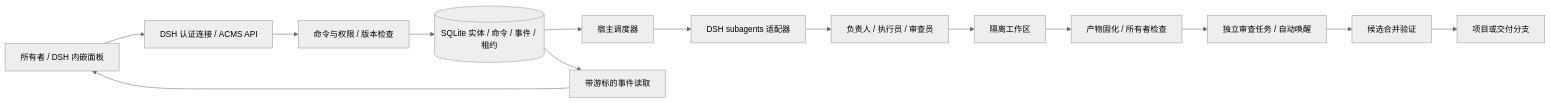
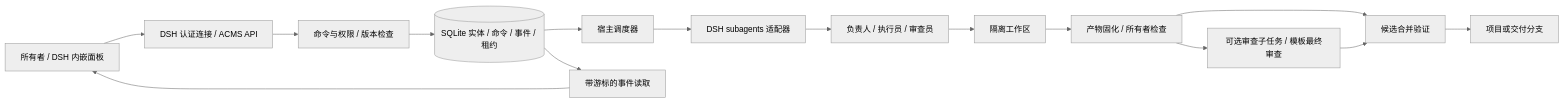
The first of 2 diagrams in docs/architecture.md (moudi01/dsh-ACMS), drawn with Mermaid (neutral theme) before and after one commit. The commit also changed other lines of this file and 32 other files, not shown here.

````diff
--- a/docs/architecture.md
+++ b/docs/architecture.md
@@ -5,16 +5,17 @@
 ```mermaid
 flowchart LR
   U[所有者 / DSH 内嵌面板] --> H[DSH 认证连接 / ACMS API]
   H --> C[命令与权限 / 版本检查]
   C --> D[(SQLite 实体 / 命令 / 事件 / 租约)]
   D --> S[宿主调度器]
   S --> A[DSH subagents 适配器]
   A --> M[负责人 / 执行员 / 审查员]
   M --> W[隔离工作区]
   W --> V[产物固化 / 所有者检查]
-  V --> R[独立审查任务 / 自动唤醒]
-  R --> I[候选合并验证]
+  V --> T[可选审查子任务 / 模板最终审查]
+  V --> I[候选合并验证]
+  T --> I
   I --> P[项目或交付分支]
   D --> E[带游标的事件读取]
   E --> U
 ```
````
